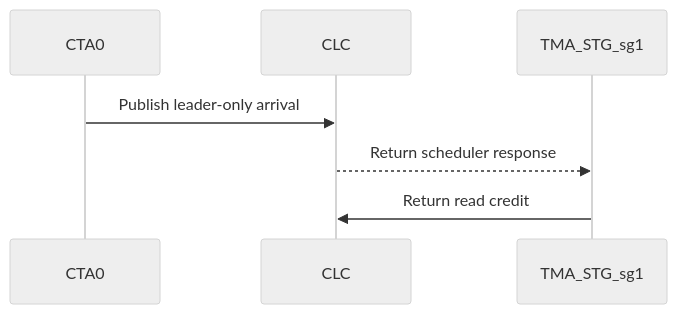
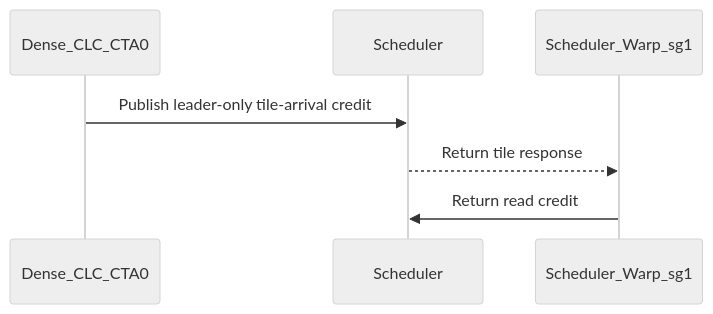
The diagram in knowledge/projects/cudnn-frontend/knowledgebase/upstream/prs/NVIDIA--cudnn-frontend/PR-1547.md (yuguo-Jack/HCU-TrainFlow), drawn with Mermaid (neutral theme) before and after one commit. The commit also changed other lines of this file and 19088 other files, not shown here.

````diff
--- a/knowledge/projects/cudnn-frontend/knowledgebase/upstream/prs/NVIDIA--cudnn-frontend/PR-1547.md
+++ b/knowledge/projects/cudnn-frontend/knowledgebase/upstream/prs/NVIDIA--cudnn-frontend/PR-1547.md
@@ -312,9 +523,9 @@
 ```mermaid
 sequenceDiagram
-  participant CTA0
-  participant CLC
-  participant TMA_STG_sg1
-  CTA0->>CLC: Publish leader-only arrival
-  CLC-->>TMA_STG_sg1: Return scheduler response
-  TMA_STG_sg1->>CLC: Return read credit
+  participant Dense_CLC_CTA0
+  participant Scheduler
+  participant Scheduler_Warp_sg1
+  Dense_CLC_CTA0->>Scheduler: Publish leader-only tile-arrival credit
+  Scheduler-->>Scheduler_Warp_sg1: Return tile response
+  Scheduler_Warp_sg1->>Scheduler: Return read credit
 ```
````
